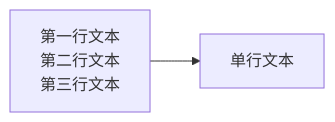
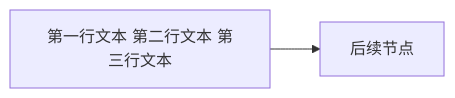
The second of 3 diagrams in .agents/templates/mermaid-templates/safe-starter.md (xinetzone/SpecWeave), drawn with Mermaid before and after one commit. The commit also changed other lines of this file and 41 other files, not shown here.

First line of the commit message:
feat(mermaid): CI历史债务ratchet基线门禁与节点文本单行化策略

````diff
--- a/.agents/templates/mermaid-templates/safe-starter.md
+++ b/.agents/templates/mermaid-templates/safe-starter.md
@@ -62,4 +62,4 @@
 ```mermaid
 flowchart LR
-    A["第一行文本<br/>第二行文本<br/>第三行文本"] --> B["单行文本"]
+    A["第一行文本 第二行文本 第三行文本"] --> B["后续节点"]
 ```
````
